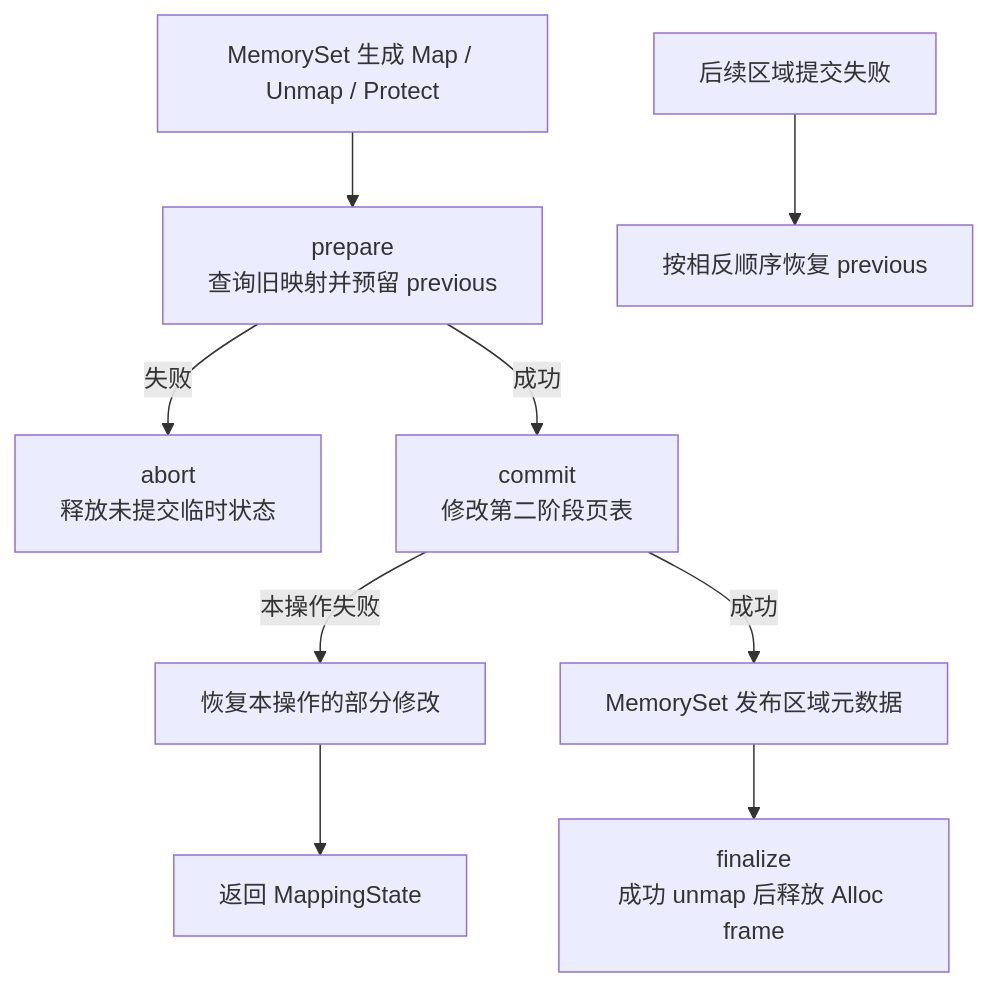
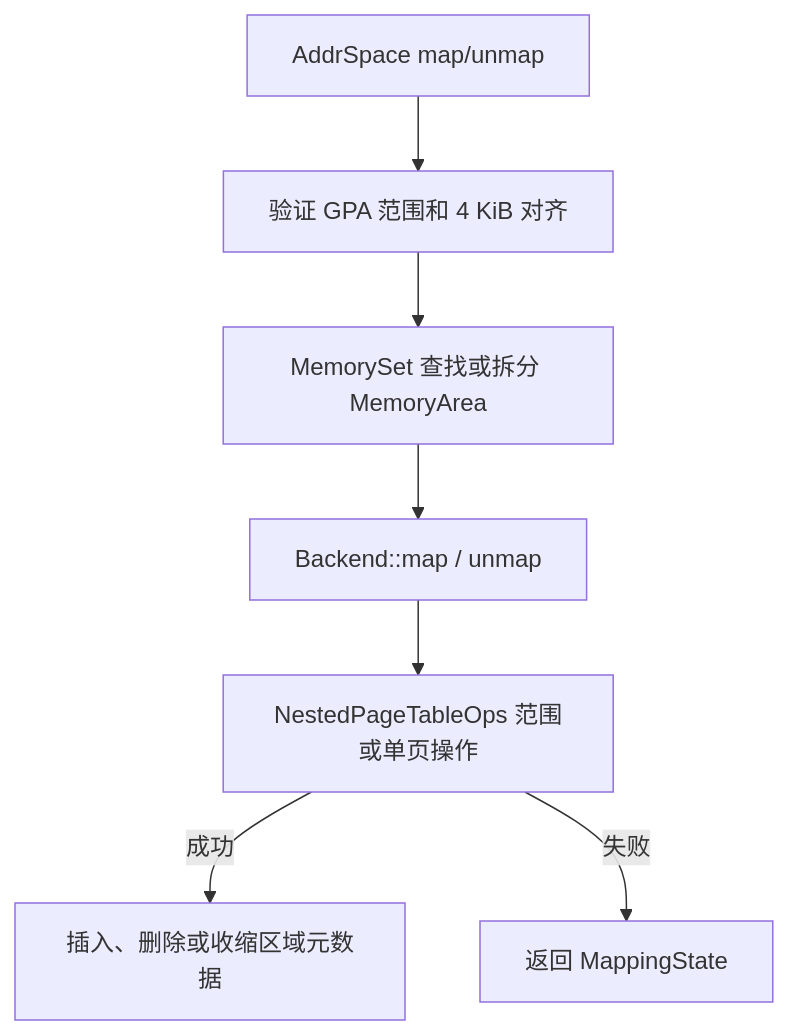
One commit to rcore-os/tgoskits changed the second of 3 diagrams in docs/docs/architecture/memory/axaddrspace.md. Above: the diagram before and after it, drawn with Mermaid. The commit also changed other lines of this file and 84 other files, not shown here.

Commit message:
refactor(memory): replace transaction protocol with direct backend operations

````diff
--- a/docs/docs/architecture/memory/axaddrspace.md
+++ b/docs/docs/architecture/memory/axaddrspace.md
@@ -206,11 +183,9 @@
 ```mermaid
 flowchart TB
-    Request["MemorySet 生成 Map / Unmap / Protect"] --> Prepare["prepare\n查询旧映射并预留 previous"]
-    Prepare -->|"失败"| Abort["abort\n释放未提交临时状态"]
-    Prepare -->|"成功"| Commit["commit\n修改第二阶段页表"]
-    Commit -->|"本操作失败"| SelfRollback["恢复本操作的部分修改"]
-    SelfRollback --> Error["返回 MappingState"]
-    Commit -->|"成功"| Publish["MemorySet 发布区域元数据"]
-    Publish --> Finalize["finalize\n成功 unmap 后释放 Alloc frame"]
-    LaterFailure["后续区域提交失败"] --> Rollback["按相反顺序恢复 previous"]
+    Request["AddrSpace map/unmap"] --> Validate["验证 GPA 范围和 4 KiB 对齐"]
+    Validate --> Area["MemorySet 查找或拆分 MemoryArea"]
+    Area --> Backend["Backend::map / unmap"]
+    Backend --> NPT["NestedPageTableOps 范围或单页操作"]
+    NPT -->|"成功"| Metadata["插入、删除或收缩区域元数据"]
+    NPT -->|"失败"| Error["返回 MappingState"]
 ```
````
